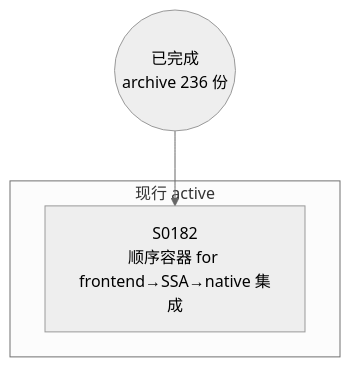
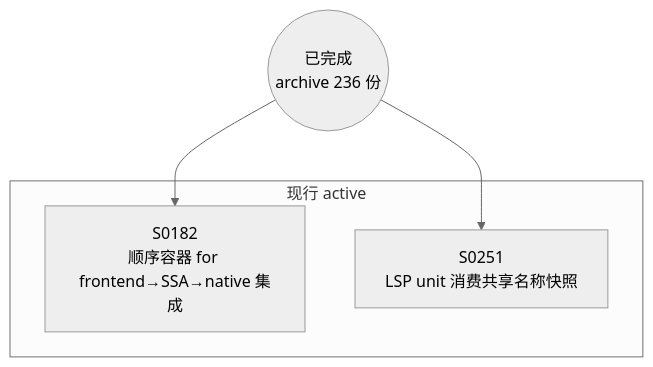
One commit to Halckon/Koven changed the diagram in docs/specs/dependency-graph.md. Above: the diagram before and after it, drawn with Mermaid (neutral theme). The commit also changed other lines of this file and 11 other files, not shown here.

````diff
--- a/docs/specs/dependency-graph.md
+++ b/docs/specs/dependency-graph.md
@@ -9,8 +9,10 @@
 ```mermaid
 flowchart TD
 ARCH(("已完成<br/>archive 236 份"))
 subgraph Gactive["现行 active"]
   S0182["S0182<br/>顺序容器 for frontend→SSA→native 集成"]
+  S0251["S0251<br/>LSP unit 消费共享名称快照"]
 end
 ARCH --> S0182
+ARCH --> S0251
 ```
````
